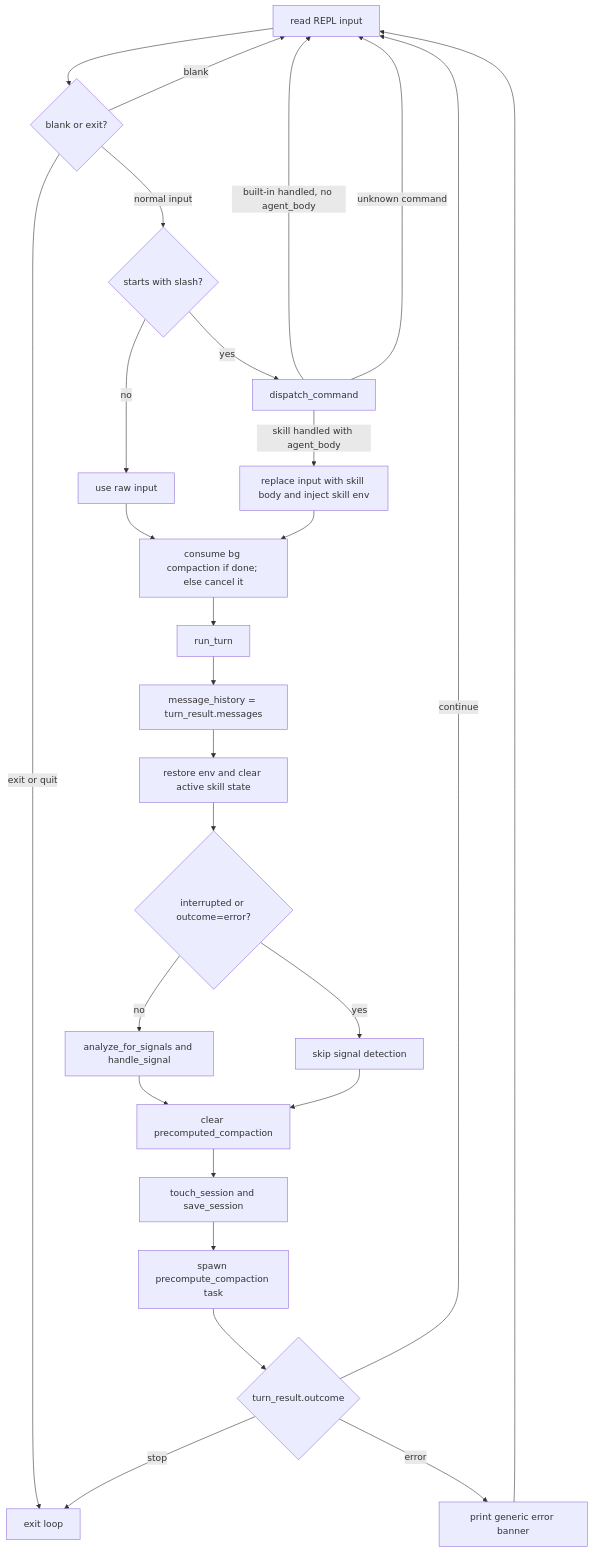
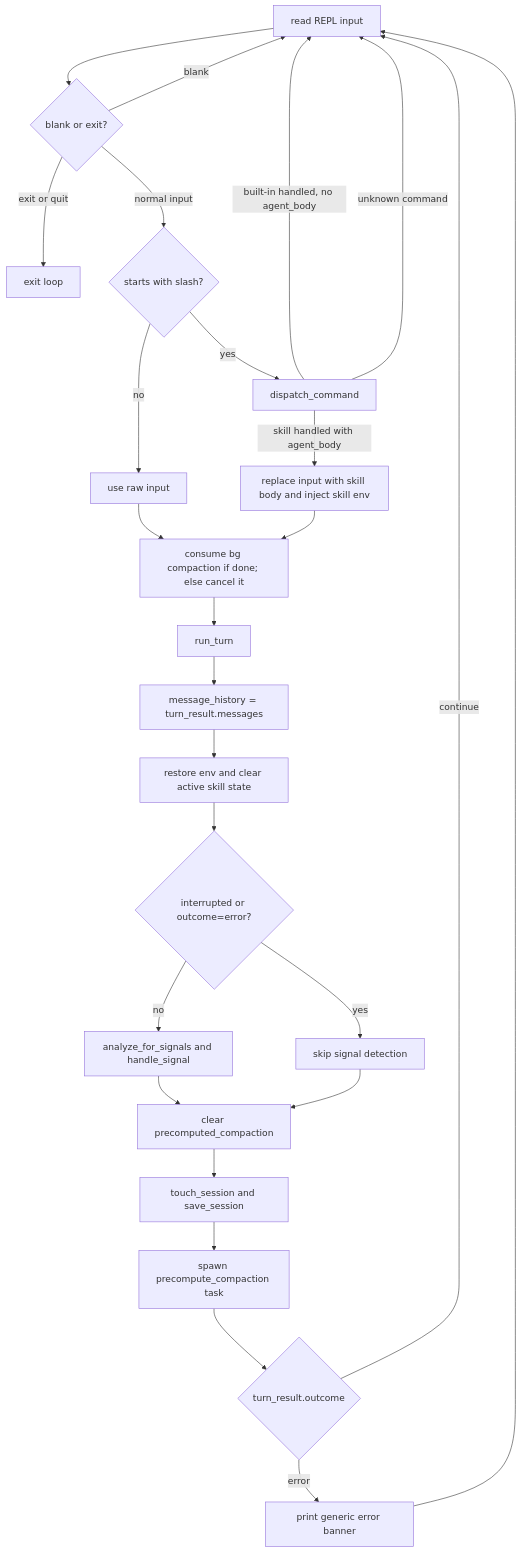
Before and after one commit to binlecode/co-cli: the second of 4 diagrams in docs/DESIGN-core-loop.md, drawn with Mermaid. The commit also changed other lines of this file and 2 other files, not shown here.

````diff
--- a/docs/DESIGN-core-loop.md
+++ b/docs/DESIGN-core-loop.md
@@ -87,33 +87,32 @@
 ```mermaid
 flowchart TD
     A[read REPL input] --> B{blank or exit?}
     B -->|blank| A
     B -->|exit or quit| Z[exit loop]
     B -->|normal input| C{starts with slash?}
 
     C -->|no| D[use raw input]
     C -->|yes| E[dispatch_command]
 
     E -->|built-in handled, no agent_body| A
     E -->|skill handled with agent_body| F[replace input with skill body and inject skill env]
     E -->|unknown command| A
 
     D --> G[consume bg compaction if done; else cancel it]
     F --> G
 
     G --> H[run_turn]
     H --> I[message_history = turn_result.messages]
     I --> J[restore env and clear active skill state]
     J --> K{interrupted or outcome=error?}
     K -->|no| L[analyze_for_signals and handle_signal]
     K -->|yes| M[skip signal detection]
     L --> N[clear precomputed_compaction]
     M --> N
     N --> O[touch_session and save_session]
     O --> P[spawn precompute_compaction task]
     P --> Q{turn_result.outcome}
     Q -->|continue| A
     Q -->|error| R[print generic error banner]
     R --> A
-    Q -->|stop| Z
 ```
````
